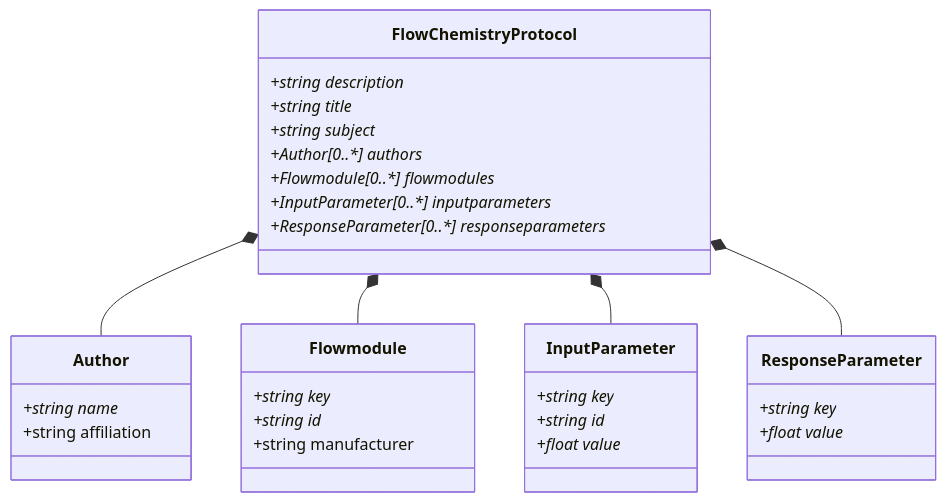
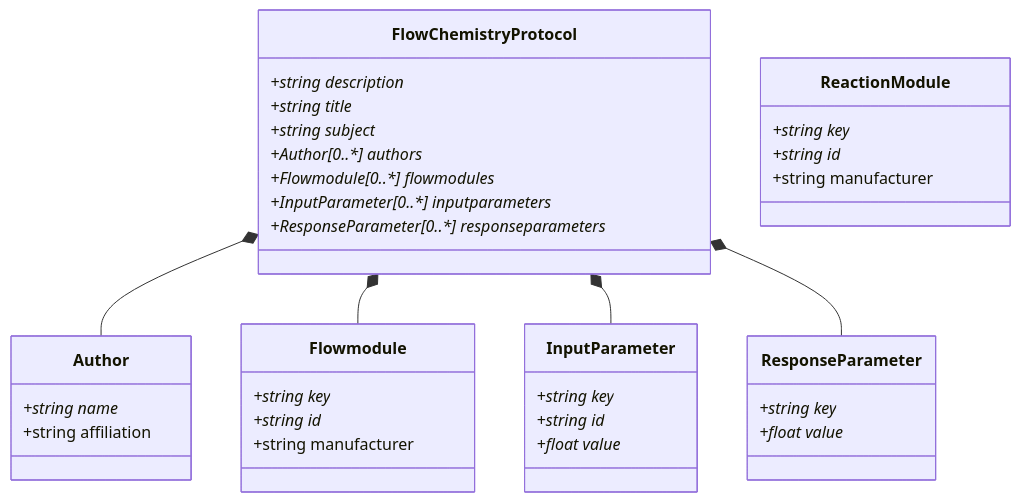
The diagram in pyDataset/schemes/Dataset.md (C-Kessler/sdrdm-flowchem-B2), drawn with Mermaid before and after one commit. The commit also changed 4 other files, not shown here.

````diff
--- a/pyDataset/schemes/Dataset.md
+++ b/pyDataset/schemes/Dataset.md
@@ -1,40 +1,46 @@
 ```mermaid
 classDiagram
     FlowChemistryProtocol *-- Author
     FlowChemistryProtocol *-- Flowmodule
     FlowChemistryProtocol *-- InputParameter
     FlowChemistryProtocol *-- ResponseParameter
     
     class FlowChemistryProtocol {
         +string description*
         +string title*
         +string subject*
         +Author[0..*] authors*
         +Flowmodule[0..*] flowmodules*
         +InputParameter[0..*] inputparameters*
         +ResponseParameter[0..*] responseparameters*
     }
     
     class Author {
         +string name*
         +string affiliation
     }
     
     class Flowmodule {
         +string key*
         +string id*
         +string manufacturer
     }
     
+    class ReactionModule {
+        +string key*
+        +string id*
+        +string manufacturer
+    }
+    
     class InputParameter {
         +string key*
         +string id*
         +float value*
     }
     
     class ResponseParameter {
         +string key*
         +float value*
     }
     
 ```
````
